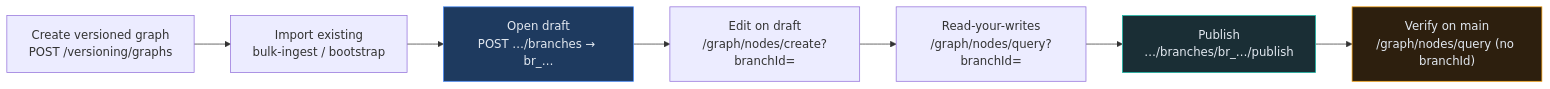
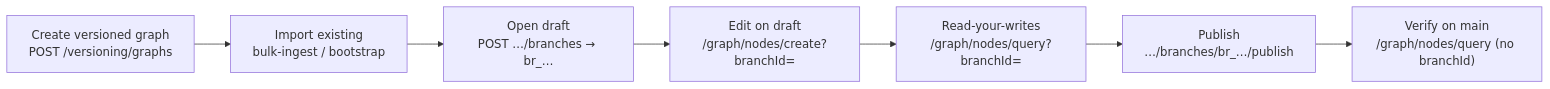
Before and after one commit to rkrumins/dataviz: the diagram in docs/local-integration-testing.md, drawn with Mermaid. The commit also changed 46 other files, not shown here.

````diff
--- a/docs/local-integration-testing.md
+++ b/docs/local-integration-testing.md
@@ -25,16 +25,13 @@
 ```mermaid
 graph LR
     Create["Create versioned graph<br/>POST /versioning/graphs"]
     Import["Import existing<br/>bulk-ingest / bootstrap"]
     Draft["Open draft<br/>POST …/branches → br_…"]
     Edit["Edit on draft<br/>/graph/nodes/create?branchId="]
     Read["Read-your-writes<br/>/graph/nodes/query?branchId="]
     Publish["Publish<br/>…/branches/br_…/publish"]
     Main["Verify on main<br/>/graph/nodes/query (no branchId)"]
 
     Create --> Import --> Draft --> Edit --> Read --> Publish --> Main
 
-    style Draft fill:#1e3a5f,stroke:#3b82f6,color:#e2e8f0
-    style Publish fill:#1a2e35,stroke:#14b8a6,color:#e2e8f0
-    style Main fill:#2d1f0e,stroke:#f59e0b,color:#e2e8f0
 ```
````
